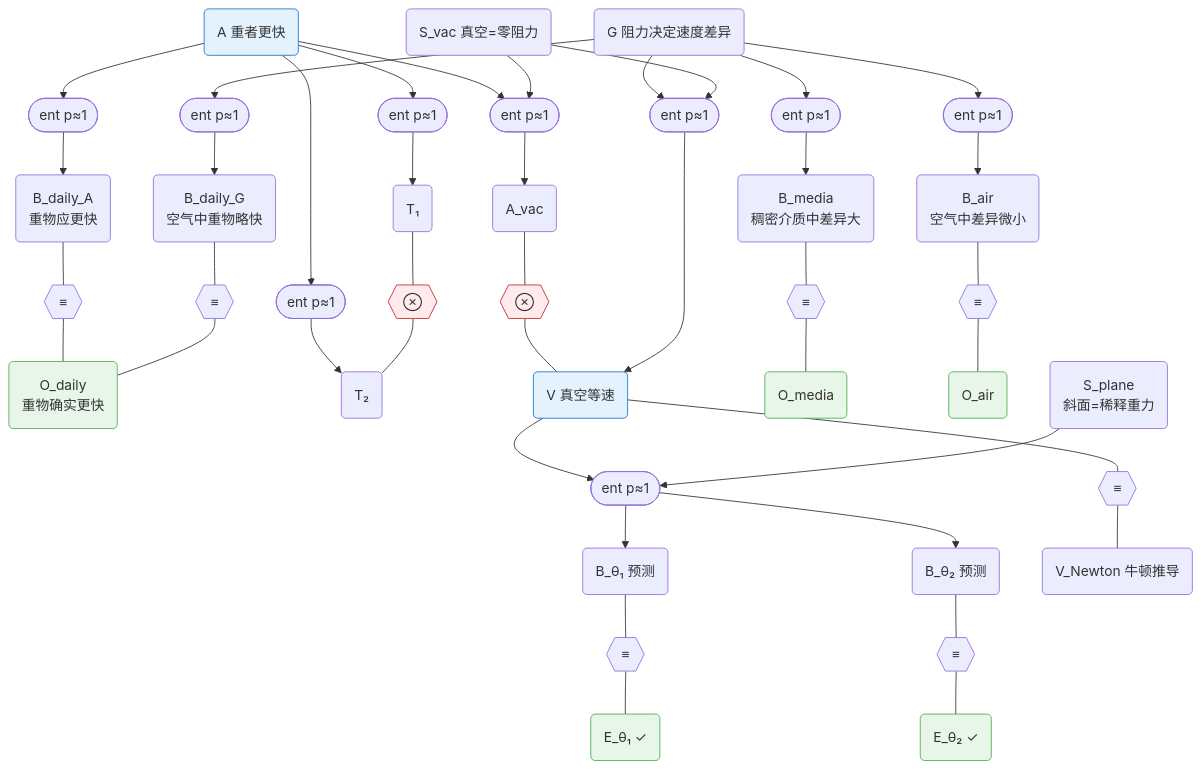
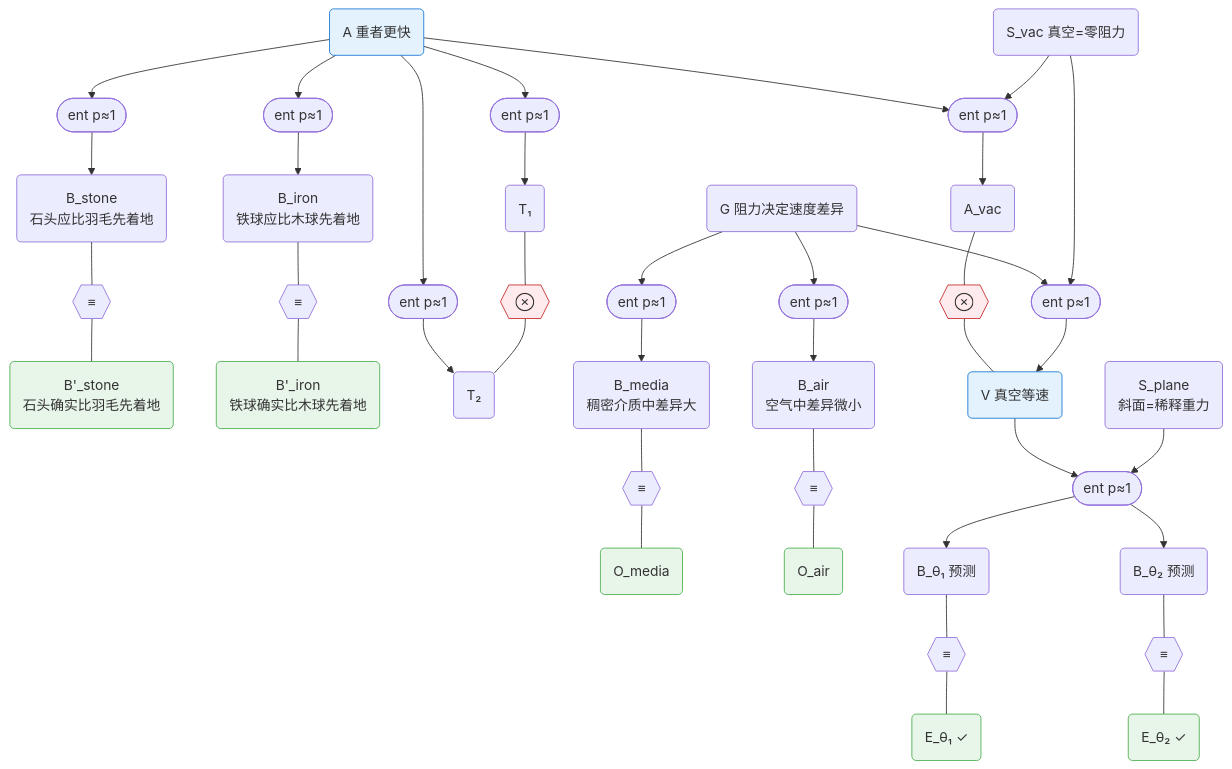
Before and after one commit to newtontech/Gaia: the ninth of 9 diagrams in docs/foundations/theory/science-formalization.md, drawn with Mermaid. The commit also changed other lines of this file, not shown here.

Commit message:
docs: align assembled factor graph with coarse-graph expansion

````diff
--- a/docs/foundations/theory/science-formalization.md
+++ b/docs/foundations/theory/science-formalization.md
@@ -352,47 +352,42 @@
 ```mermaid
 graph TD
     %% ===== W₁ expanded: A supported by daily observations (induction) =====
-    A("A 重者更快"):::concl --> fAd(["ent p≈1"]) --> Bad("B_daily_A<br/>重物应更快")
-    Bad --- eqd1{{"≡"}} --- Odaily("O_daily<br/>重物确实更快"):::obs
+    A("A 重者更快"):::concl --> fAd1(["ent p≈1"]) --> Bs("B_stone<br/>石头应比羽毛先着地")
+    A --> fAd2(["ent p≈1"]) --> Bi("B_iron<br/>铁球应比木球先着地")
+    Bs --- eqd1{{"≡"}} --- Bps("B'_stone<br/>石头确实比羽毛先着地"):::obs
+    Bi --- eqd2{{"≡"}} --- Bpi("B'_iron<br/>铁球确实比木球先着地"):::obs
 
     %% ===== A → T₁⊗T₂ contradiction =====
     A --> fAT1(["ent p≈1"]) --> T1("T₁")
     A --> fAT2(["ent p≈1"]) --> T2("T₂")
     T1 --- c1{{"⊗"}}:::contra --- T2
 
     %% ===== A + S_vac → A_vac ⊗ V =====
     A --> fAvac(["ent p≈1"])
     Svac("S_vac 真空=零阻力") --> fAvac
     fAvac --> Avac("A_vac")
     Avac --- c2{{"⊗"}}:::contra --- V
 
     %% ===== W₂ Part a expanded: observations → G (abduction) =====
     G("G 阻力决定速度差异") --> fGm(["ent p≈1"]) --> Bm("B_media<br/>稠密介质中差异大")
     G --> fGa(["ent p≈1"]) --> Ba("B_air<br/>空气中差异微小")
     Bm --- eqm{{"≡"}} --- Omedia("O_media"):::obs
     Ba --- eqa{{"≡"}} --- Oair("O_air"):::obs
 
     %% ===== W₂ Part b: G + S_vac → V (entailment) =====
     G --> fGV(["ent p≈1"])
     Svac --> fGV
     fGV --> V("V 真空等速"):::concl
 
-    %% ===== G explains O_daily (explaining away) =====
-    G --> fGd(["ent p≈1"]) --> Bdaily("B_daily_G<br/>空气中重物略快")
-    Bdaily --- eqd2{{"≡"}} --- Odaily
-
     %% ===== W₃ expanded: experiments → V (induction) =====
     V --> fVt(["ent p≈1"])
     Sp("S_plane<br/>斜面=稀释重力") --> fVt
     fVt --> Bt1("B_θ₁ 预测")
     fVt --> Bt2("B_θ₂ 预测")
     Bt1 --- eqt1{{"≡"}} --- Et1("E_θ₁ ✓"):::obs
     Bt2 --- eqt2{{"≡"}} --- Et2("E_θ₂ ✓"):::obs
 
-    %% ===== Cross-package equivalence =====
-    V --- veq{{"≡"}} --- VN("V_Newton 牛顿推导")
-
     classDef obs fill:#e8f5e9,stroke:#4caf50
     classDef concl fill:#e3f2fd,stroke:#1976d2
     classDef contra fill:#ffebee,stroke:#c62828
 ```
````
